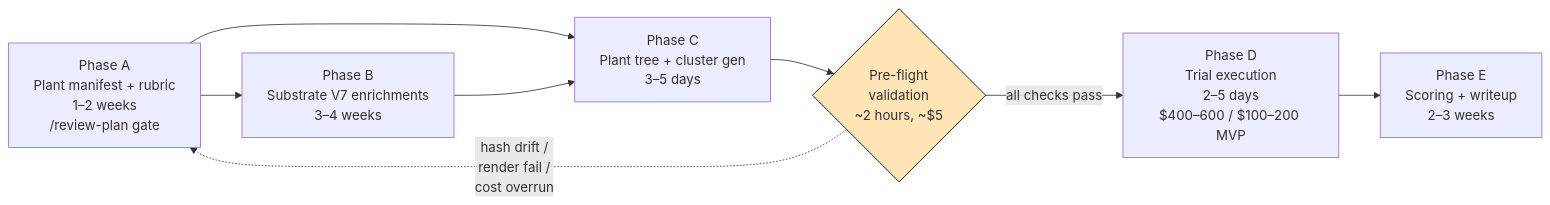
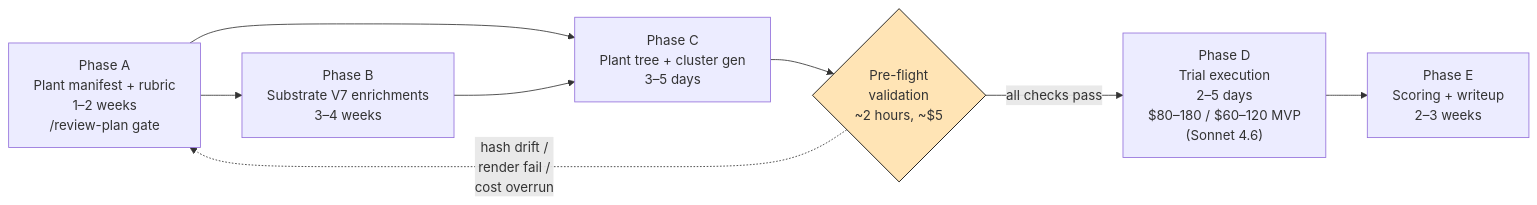
The second of 2 diagrams in docs/refactor-recommendation-experiment-methodology.md (jakebromberg/code-audit-pipeline), drawn with Mermaid before and after one commit. The commit also changed other lines of this file and 1 other file, not shown here.

First line of the commit message:
docs: pin V7 round 1 to Sonnet 4.6, calibrate category mix in Phase A

````diff
--- a/docs/refactor-recommendation-experiment-methodology.md
+++ b/docs/refactor-recommendation-experiment-methodology.md
@@ -787,20 +787,20 @@
 ```mermaid
 flowchart LR
     A["Phase A<br/>Plant manifest + rubric<br/>1–2 weeks<br/>/review-plan gate"]
     B["Phase B<br/>Substrate V7 enrichments<br/>3–4 weeks"]
     C["Phase C<br/>Plant tree + cluster gen<br/>3–5 days"]
     PF{"Pre-flight<br/>validation<br/>~2 hours, ~$5"}
-    D["Phase D<br/>Trial execution<br/>2–5 days<br/>$400–600 / $100–200 MVP"]
+    D["Phase D<br/>Trial execution<br/>2–5 days<br/>$80–180 / $60–120 MVP<br/>(Sonnet 4.6)"]
     E["Phase E<br/>Scoring + writeup<br/>2–3 weeks"]
 
     A --> B
     A --> C
     B --> C
     C --> PF
     PF -->|all checks pass| D
     PF -.->|hash drift /<br/>render fail /<br/>cost overrun| A
     D --> E
 
     classDef gate fill:#ffe4b5,stroke:#000
     class PF gate
 ```
````
